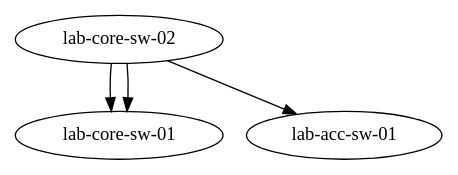
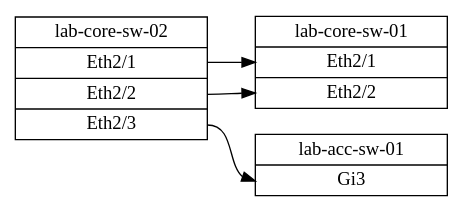
The diagram in 02_network_state_checks/reports/lab-core-sw-02_lldp_neighbors.dot (andyflint/network-automation-solution-examples), drawn with Graphviz before and after one commit. The commit also changed 3 other files, not shown here.

```diff
--- a/02_network_state_checks/reports/lab-core-sw-02_lldp_neighbors.dot
+++ b/02_network_state_checks/reports/lab-core-sw-02_lldp_neighbors.dot
@@ -1,5 +1,19 @@
 digraph G {
-  "lab-core-sw-02" -> "lab-core-sw-01"
-  "lab-core-sw-02" -> "lab-core-sw-01"
-  "lab-core-sw-02" -> "lab-acc-sw-01"
+  node [shape = record,height=.1,width=2];
+  rankdir=LR;
+  subgraph source {
+    "lab-core-sw-02"[label = "lab-core-sw-02
+    |<Eth2/1>Eth2/1|<Eth2/2>Eth2/2|<Eth2/3>Eth2/3 "]
+  }
+  subgraph destination {
+          "lab-core-sw-01"[label = "lab-core-sw-01
+      | <Eth2/1>Eth2/1| <Eth2/2>Eth2/2 "]
+          "lab-core-sw-01"[label = "lab-core-sw-01
+      | <Eth2/1>Eth2/1| <Eth2/2>Eth2/2 "]
+          "lab-acc-sw-01"[label = "lab-acc-sw-01
+      | <Gi3>Gi3 "]
+      }
+  "lab-core-sw-02":"Eth2/1" -> "lab-core-sw-01":"Eth2/1" 
+  "lab-core-sw-02":"Eth2/2" -> "lab-core-sw-01":"Eth2/2" 
+  "lab-core-sw-02":"Eth2/3" -> "lab-acc-sw-01":"Gi3" 
 }
```
